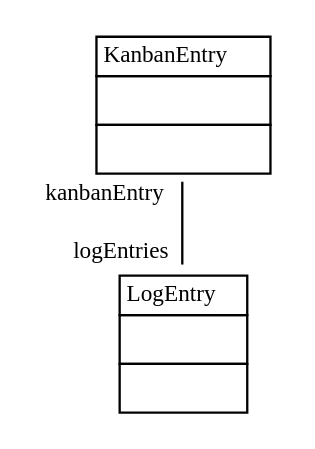
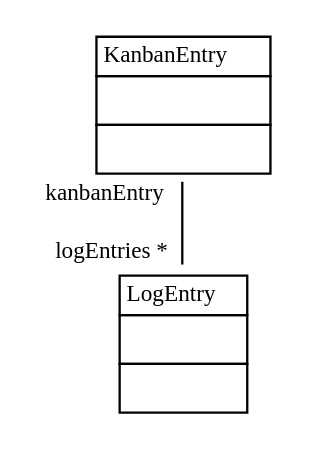
One commit to fujaba/SDMLib changed the diagram in doc/ScenarioClasses.001.dot. Above: the diagram before and after it, drawn with Graphviz. The commit also changed 39 other files, not shown here.

Commit message:
added generic object diagrams to allow story boarding without the need for a class diagram.

```diff
--- a/doc/ScenarioClasses.001.dot
+++ b/doc/ScenarioClasses.001.dot
@@ -1,13 +1,13 @@
 
  digraph ClassDiagram {
     node [shape = none, fontsize = 10]; 
     edge [fontsize = 10];
     
     
     KanbanEntry [label=<<table border='0' cellborder='1' cellspacing='0'> <tr> <td>KanbanEntry</td> </tr> <tr><td><table border='0' cellborder='0' cellspacing='0'> <tr><td> </td></tr> </table></td></tr> <tr><td><table border='0' cellborder='0' cellspacing='0'> <tr><td> </td></tr> </table></td></tr> </table>>];
     LogEntry [label=<<table border='0' cellborder='1' cellspacing='0'> <tr> <td>LogEntry</td> </tr> <tr><td><table border='0' cellborder='0' cellspacing='0'> <tr><td> </td></tr> </table></td></tr> <tr><td><table border='0' cellborder='0' cellspacing='0'> <tr><td> </td></tr> </table></td></tr> </table>>];
     
     
     
-    KanbanEntry -> LogEntry [headlabel = "logEntries" taillabel = "kanbanEntry" arrowhead = "none" ];
+    KanbanEntry -> LogEntry [headlabel = "logEntries *" taillabel = "kanbanEntry" arrowhead = "none" ];
 }
```
